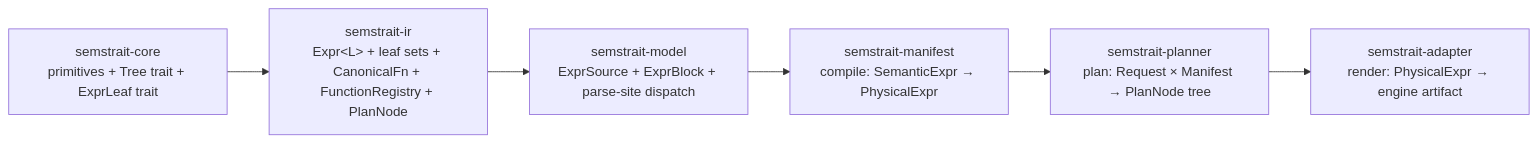
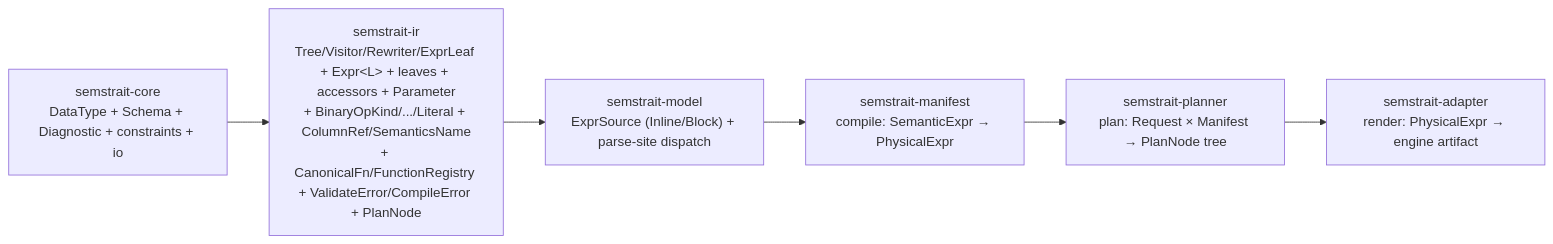
The second of 2 diagrams in docs/design/foundations/14_expressions.md (ahmetdal-funnel/semstrait), drawn with Mermaid before and after one commit. The commit also changed other lines of this file and 22 other files, not shown here.

````diff
--- a/docs/design/foundations/14_expressions.md
+++ b/docs/design/foundations/14_expressions.md
@@ -638,8 +638,8 @@
 ```mermaid
 flowchart LR
-  C["semstrait-core<br/>primitives + Tree trait + ExprLeaf trait"] --> IR["semstrait-ir<br/>Expr&lt;L&gt; + leaf sets + CanonicalFn + FunctionRegistry + PlanNode"]
-  IR --> M["semstrait-model<br/>ExprSource + ExprBlock + parse-site dispatch"]
+  C["semstrait-core<br/>DataType + Schema + Diagnostic + constraints + io"] --> IR["semstrait-ir<br/>Tree/Visitor/Rewriter/ExprLeaf + Expr&lt;L&gt; + leaves + accessors + Parameter<br/>+ BinaryOpKind/.../Literal + ColumnRef/SemanticsName<br/>+ CanonicalFn/FunctionRegistry + ValidateError/CompileError + PlanNode"]
+  IR --> M["semstrait-model<br/>ExprSource (Inline/Block) + parse-site dispatch"]
   M --> MAN["semstrait-manifest<br/>compile: SemanticExpr → PhysicalExpr"]
   MAN --> P["semstrait-planner<br/>plan: Request × Manifest → PlanNode tree"]
   P --> A["semstrait-adapter<br/>render: PhysicalExpr → engine artifact"]
 ```
````
